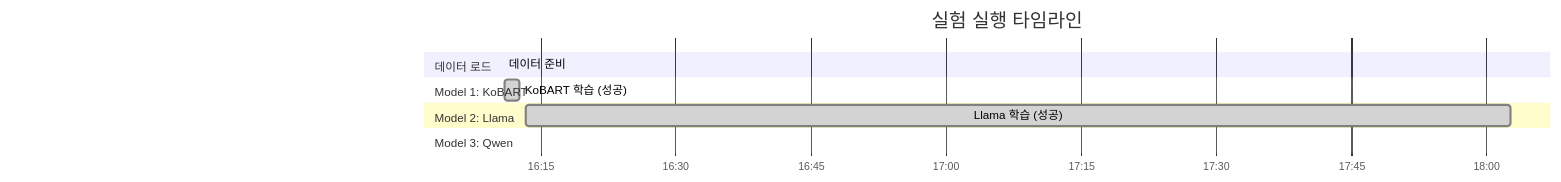
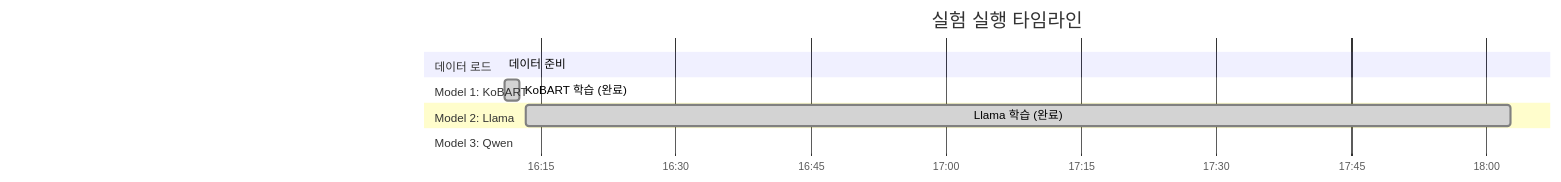
Before and after one commit to AIBootcamp14/naturallanguageprocessingcompetition-nlp-1: the second of 12 diagrams in docs/experiments/20251013_161056_test_strategy3_triple_실험분석.md, drawn with Mermaid. The commit also changed other lines of this file, not shown here.

````diff
--- a/docs/experiments/20251013_161056_test_strategy3_triple_실험분석.md
+++ b/docs/experiments/20251013_161056_test_strategy3_triple_실험분석.md
@@ -121,18 +121,18 @@
 ```mermaid
 gantt
     title 실험 실행 타임라인
     dateFormat HH:mm:ss
     axisFormat %H:%M
 
     section 데이터 로드
     데이터 준비           :16:10:56, 16:10:59
 
     section Model 1: KoBART
-    KoBART 학습 (성공)    :done, kobart, 16:11:01, 16:12:41
+    KoBART 학습 (완료)    :done, kobart, 16:11:01, 16:12:41
 
     section Model 2: Llama
-    Llama 학습 (성공)     :done, llama, 16:13:23, 18:02:39
+    Llama 학습 (완료)     :done, llama, 16:13:23, 18:02:39
 
     section Model 3: Qwen
-    Qwen 학습 (진행 중)   :active, qwen, 18:21:14, 00:28:32
+    Qwen 학습 (완료)   :done, qwen, 18:21:14, 03:46:53
 ```
````
